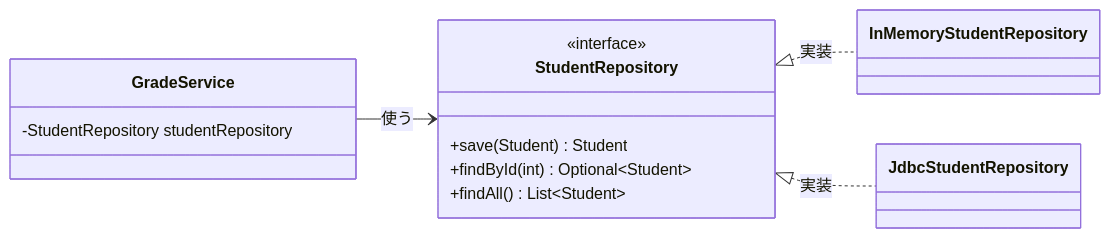
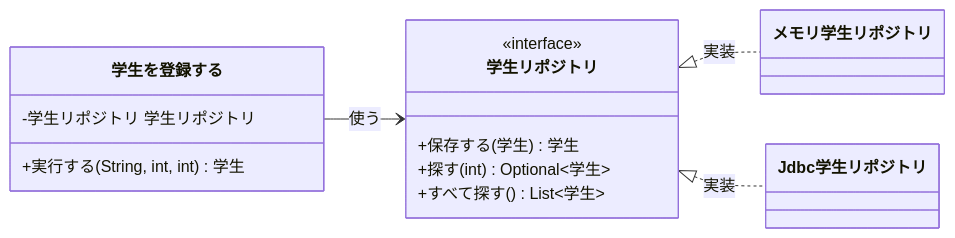
The diagram in 4層アーキテクチャ/04_Javaで4層を作る.md (YTS0418/PRMN_SYSTEM_Lecture), drawn with Mermaid before and after one commit. The commit also changed other lines of this file and 14 other files, not shown here.

````diff
--- a/4層アーキテクチャ/04_Javaで4層を作る.md
+++ b/4層アーキテクチャ/04_Javaで4層を作る.md
@@ -121,18 +158,19 @@
 ```mermaid
 classDiagram
     direction LR
-    class GradeService {
-        -StudentRepository studentRepository
+    class 学生を登録する {
+        -学生リポジトリ 学生リポジトリ
+        +実行する(String, int, int) 学生
     }
-    class StudentRepository {
+    class 学生リポジトリ {
         <<interface>>
-        +save(Student) Student
-        +findById(int) Optional~Student~
-        +findAll() List~Student~
+        +保存する(学生) 学生
+        +探す(int) Optional~学生~
+        +すべて探す() List~学生~
     }
-    class InMemoryStudentRepository
-    class JdbcStudentRepository
-    GradeService --> StudentRepository : 使う
-    StudentRepository <|.. InMemoryStudentRepository : 実装
-    StudentRepository <|.. JdbcStudentRepository : 実装
+    class メモリ学生リポジトリ
+    class Jdbc学生リポジトリ
+    学生を登録する --> 学生リポジトリ : 使う
+    学生リポジトリ <|.. メモリ学生リポジトリ : 実装
+    学生リポジトリ <|.. Jdbc学生リポジトリ : 実装
 ```
````
